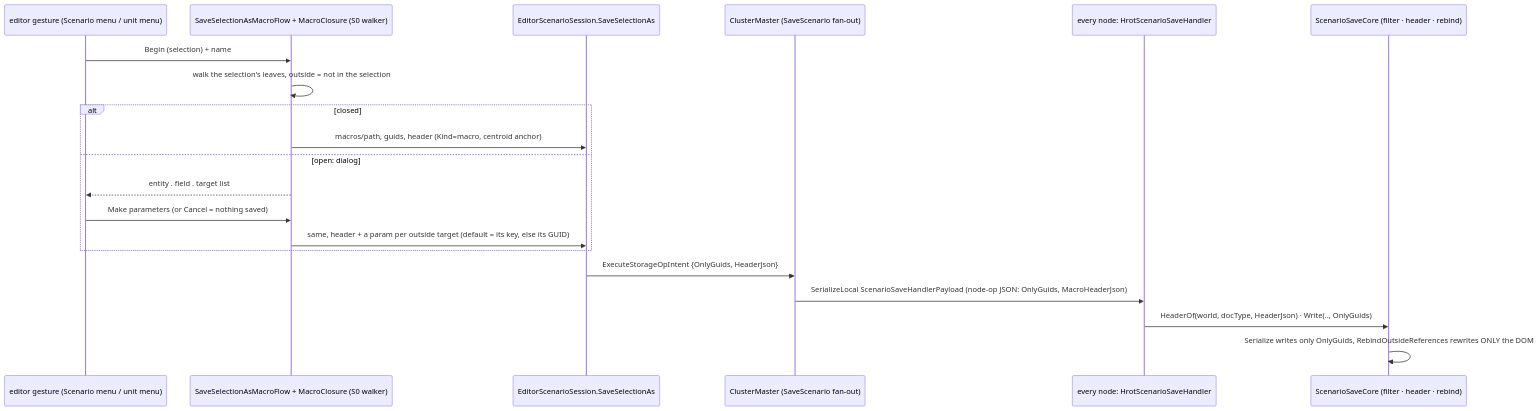
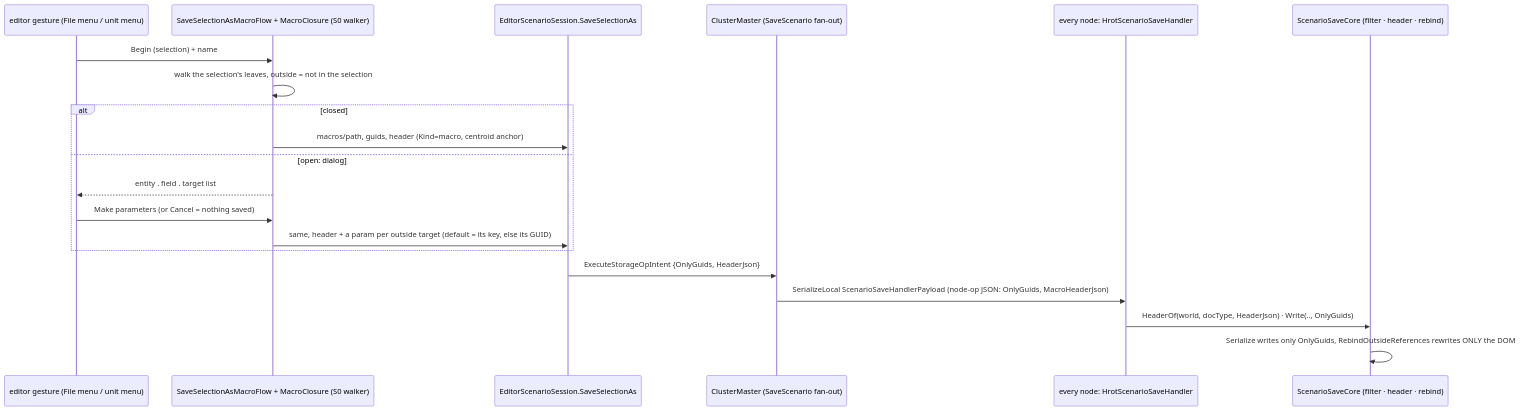
The sixth of 8 diagrams in docs/DESIGN_Macro_Authoring_Editor.md (pjanec/HROT), drawn with Mermaid before and after one commit. The commit also changed other lines of this file and 13 other files, not shown here.

First line of the commit message:
CE-4255 + CE-4253: one File > New submenu; no Scenario main menu, Parameters in Details > Scenario

````diff
--- a/docs/DESIGN_Macro_Authoring_Editor.md
+++ b/docs/DESIGN_Macro_Authoring_Editor.md
@@ -230,22 +230,22 @@
 ```mermaid
 sequenceDiagram
-  participant U as editor gesture (Scenario menu / unit menu)
+  participant U as editor gesture (File menu / unit menu)
   participant F as SaveSelectionAsMacroFlow + MacroClosure (S0 walker)
   participant S as EditorScenarioSession.SaveSelectionAs
   participant M as ClusterMaster (SaveScenario fan-out)
   participant N as every node: HrotScenarioSaveHandler
   participant C as ScenarioSaveCore (filter · header · rebind)
   U->>F: Begin (selection) + name
   F->>F: walk the selection's leaves, outside = not in the selection
   alt closed
     F->>S: macros/path, guids, header (Kind=macro, centroid anchor)
   else open: dialog
     F-->>U: entity . field . target list
     U->>F: Make parameters (or Cancel = nothing saved)
     F->>S: same, header + a param per outside target (default = its key, else its GUID)
   end
   S->>M: ExecuteStorageOpIntent {OnlyGuids, HeaderJson}
   M->>N: SerializeLocal ScenarioSaveHandlerPayload (node-op JSON: OnlyGuids, MacroHeaderJson)
   N->>C: HeaderOf(world, docType, HeaderJson) · Write(.., OnlyGuids)
   C->>C: Serialize writes only OnlyGuids, RebindOutsideReferences rewrites ONLY the DOM
 ```
````
